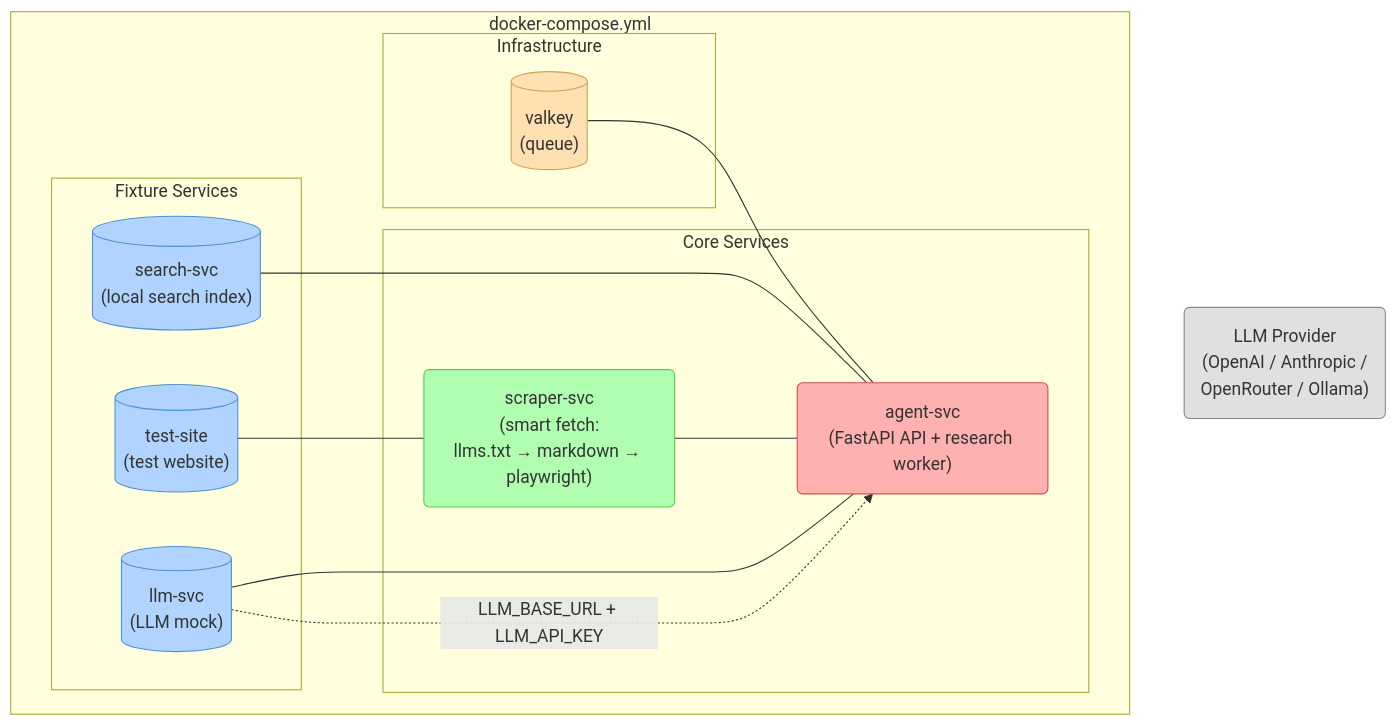
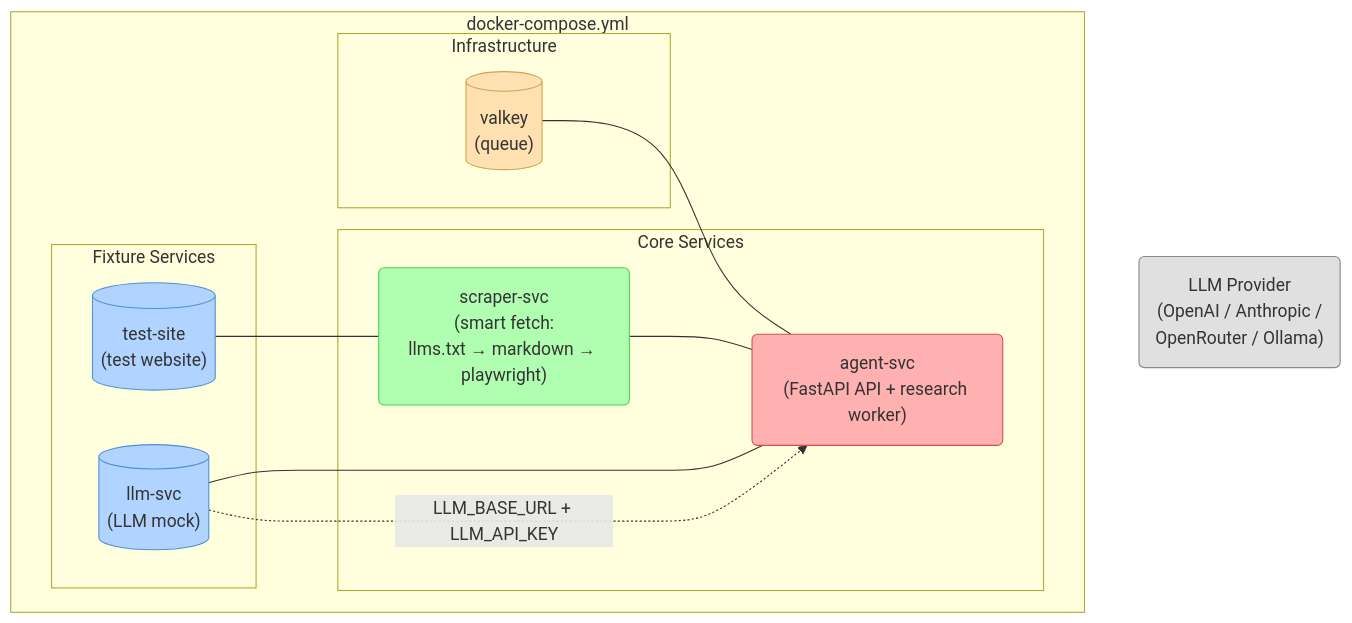
One commit to Gerkinfeltser/groktocrawl changed the diagram in VISION.md. Above: the diagram before and after it, drawn with Mermaid. The commit also changed other lines of this file and 20 other files, not shown here.

First line of the commit message:
chore: remove search-svc fixture, update docs from SearXNG to SlopSearX (#405)

````diff
--- a/VISION.md
+++ b/VISION.md
@@ -67,36 +67,33 @@
 ```mermaid
 flowchart TD
     subgraph docker_compose["docker-compose.yml"]
         subgraph infra["Infrastructure"]
             valkey[("valkey<br/>(queue)")]
         end
 
         subgraph fixtures["Fixture Services"]
-            search[("search-svc<br/>(local search index)")]
             llm[("llm-svc<br/>(LLM mock)")]
             test_site[("test-site<br/>(test website)")]
         end
 
         subgraph core["Core Services"]
             scraper("scraper-svc<br/>(smart fetch:<br/>llms.txt → markdown → playwright)")
             agent("agent-svc<br/>(FastAPI API + research worker)")
         end
 
         valkey --- agent
-        search --- agent
         scraper --- agent
         llm --- agent
         test_site --- scraper
     end
 
     llm_provider("LLM Provider<br/>(OpenAI / Anthropic /<br/>OpenRouter / Ollama)")
     llm -.->|LLM_BASE_URL + LLM_API_KEY| agent
 
     style valkey fill:#ffe0b0,stroke:#d4a050,color:#333
-    style search fill:#b0d4ff,stroke:#5090d4,color:#333
     style llm fill:#b0d4ff,stroke:#5090d4,color:#333
     style test_site fill:#b0d4ff,stroke:#5090d4,color:#333
     style scraper fill:#b0ffb0,stroke:#50d050,color:#333
     style agent fill:#ffb0b0,stroke:#d05050,color:#333
     style llm_provider fill:#e0e0e0,stroke:#888,color:#333
 ```
````
